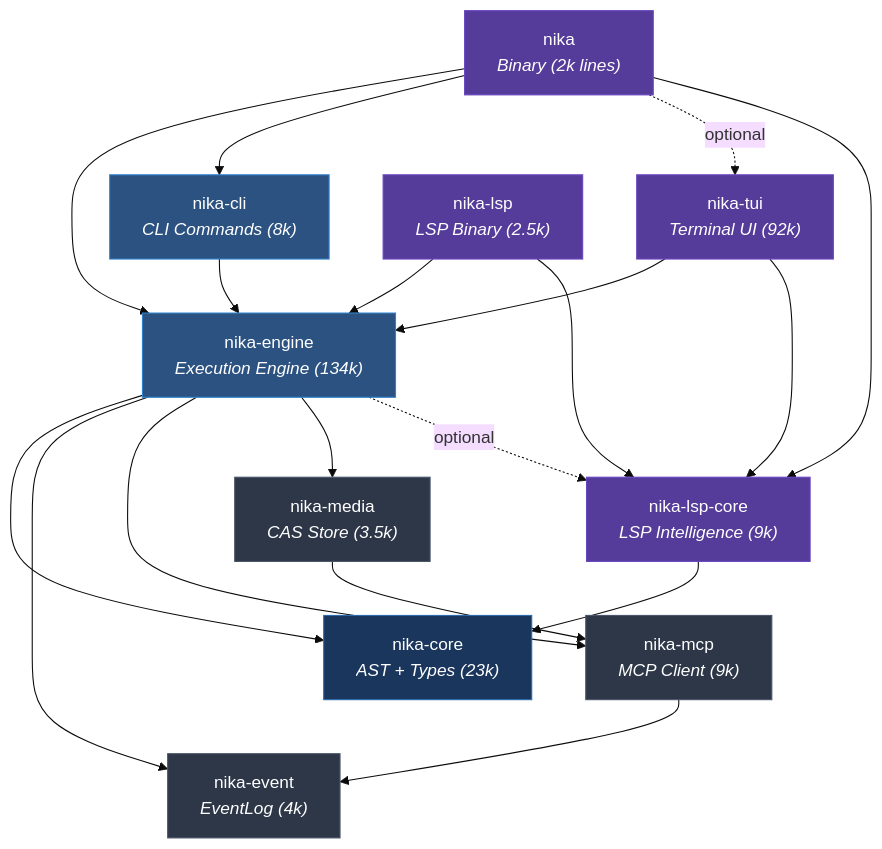
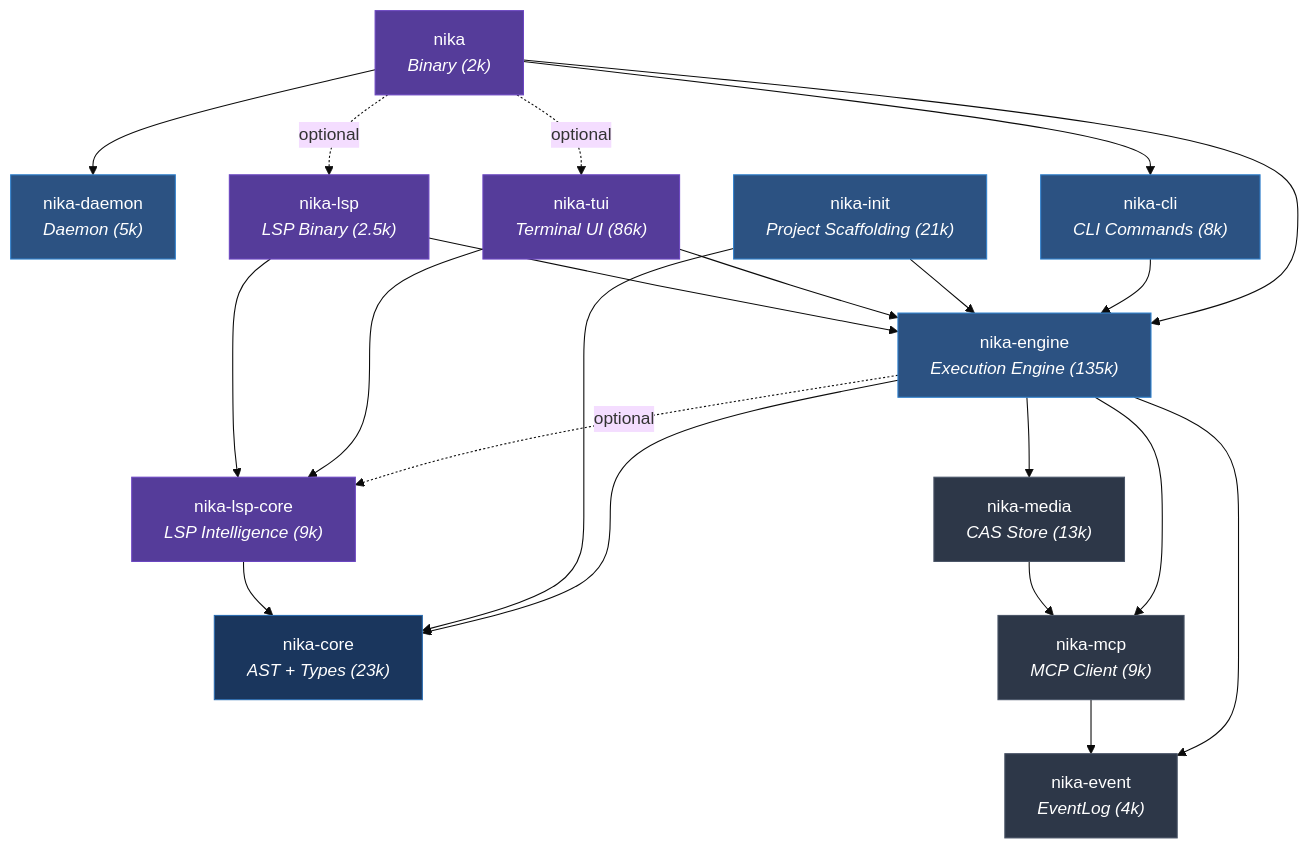
Before and after one commit to supernovae-st/nika: the diagram in docs/content-suite/02-architecture-deep-dive/01-crate-dependency-graph.md, drawn with Mermaid (base theme). The commit also changed other lines of this file and 6 other files, not shown here.

First line of the commit message:
docs(content-suite/02): architecture deep-dive accuracy pass

````diff
--- a/docs/content-suite/02-architecture-deep-dive/01-crate-dependency-graph.md
+++ b/docs/content-suite/02-architecture-deep-dive/01-crate-dependency-graph.md
@@ -26,48 +28,53 @@
 ```mermaid
 graph TD
-    NIKA["nika<br/><i>Binary (2k lines)</i>"]
-    ENGINE["nika-engine<br/><i>Execution Engine (134k)</i>"]
+    NIKA["nika<br/><i>Binary (2k)</i>"]
+    ENGINE["nika-engine<br/><i>Execution Engine (135k)</i>"]
+    DAEMON["nika-daemon<br/><i>Daemon (5k)</i>"]
     CORE["nika-core<br/><i>AST + Types (23k)</i>"]
     EVENT["nika-event<br/><i>EventLog (4k)</i>"]
     MCP["nika-mcp<br/><i>MCP Client (9k)</i>"]
-    MEDIA["nika-media<br/><i>CAS Store (3.5k)</i>"]
+    MEDIA["nika-media<br/><i>CAS Store (13k)</i>"]
     CLI["nika-cli<br/><i>CLI Commands (8k)</i>"]
-    TUI["nika-tui<br/><i>Terminal UI (92k)</i>"]
+    INIT["nika-init<br/><i>Project Scaffolding (21k)</i>"]
+    TUI["nika-tui<br/><i>Terminal UI (86k)</i>"]
     LSP_CORE["nika-lsp-core<br/><i>LSP Intelligence (9k)</i>"]
     LSP["nika-lsp<br/><i>LSP Binary (2.5k)</i>"]
 
     NIKA --> ENGINE
     NIKA --> CLI
+    NIKA --> DAEMON
     NIKA -.->|optional| TUI
-    NIKA --> LSP_CORE
+    NIKA -.->|optional| LSP
 
     ENGINE --> CORE
     ENGINE --> EVENT
     ENGINE --> MCP
     ENGINE --> MEDIA
     ENGINE -.->|optional| LSP_CORE
 
     CLI --> ENGINE
+    INIT --> ENGINE
+    INIT --> CORE
 
     TUI --> ENGINE
     TUI --> LSP_CORE
 
     LSP --> ENGINE
     LSP --> LSP_CORE
 
     LSP_CORE --> CORE
 
     MCP --> EVENT
 
     MEDIA --> MCP
 
     classDef foundation fill:#1a365d,stroke:#2b6cb0,color:#fff
     classDef infra fill:#2d3748,stroke:#4a5568,color:#fff
     classDef app fill:#2c5282,stroke:#3182ce,color:#fff
     classDef ui fill:#553c9a,stroke:#6b46c1,color:#fff
 
     class CORE foundation
     class EVENT,MCP,MEDIA infra
-    class ENGINE,CLI app
+    class ENGINE,CLI,INIT,DAEMON app
     class NIKA,TUI,LSP,LSP_CORE ui
 ```
````
